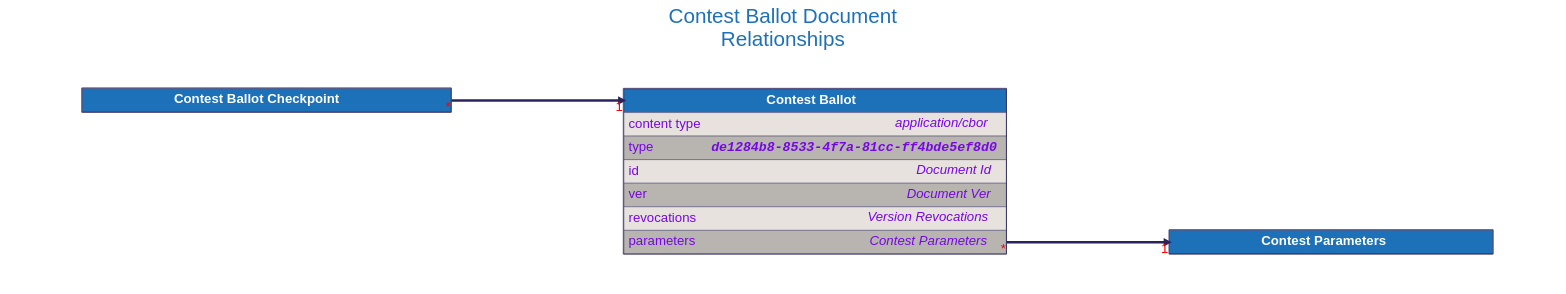
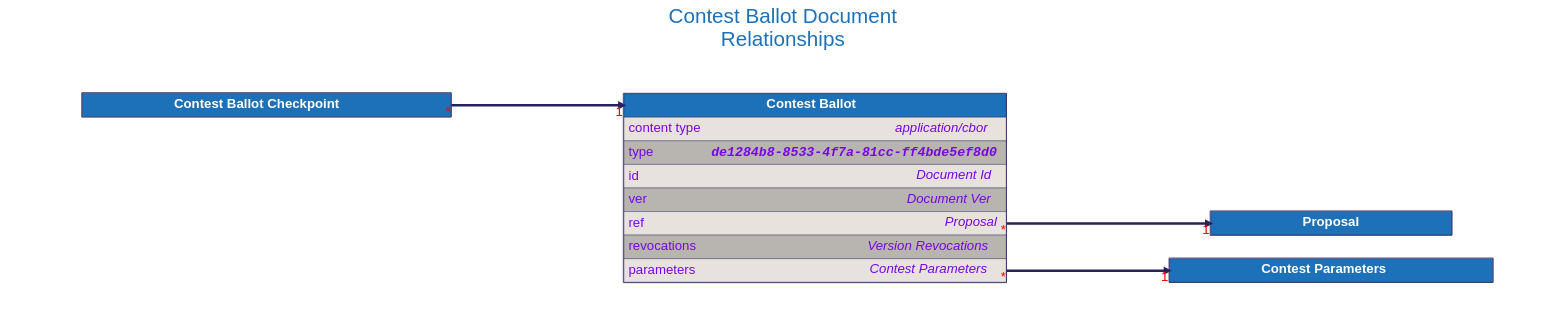
The diagram in docs/src/architecture/08_concepts/signed_doc/diagrams/contest_ballot.dot (input-output-hk/catalyst-libs), drawn with Graphviz before and after one commit. The commit also changed 37 other files, not shown here.

```diff
--- a/docs/src/architecture/08_concepts/signed_doc/diagrams/contest_ballot.dot
+++ b/docs/src/architecture/08_concepts/signed_doc/diagrams/contest_ballot.dot
@@ -1,123 +1,149 @@
 digraph "Contest Ballot" {
     rankdir="LR"
     graph [fontname="helvetica", fontsize="32", fontcolor="#29235c", bgcolor="white"];
     node [penwidth="0", margin="0", fontname="helvetica", fontsize="32", fontcolor="#29235c"];
     edge [fontname="helvetica", fontsize="32", fontcolor="red", color="#29235c"];
 
     labelloc="t"
     label="Contest Ballot Document
 Relationships"
     fontcolor="#1d71b8"
     fontsize=50
     compound=true
 
+
+
+    "Proposal" [
+        id="Proposal";
+        label=<
+            <TABLE BORDER="2" COLOR="#29235c" CELLBORDER="1" CELLSPACING="0" CELLPADDING="10">
+            <TR>
+                <TD PORT="title" BGCOLOR="#1d71b8" HREF="../proposal/">
+                    <FONT COLOR="#ffffff"><B> Proposal </B></FONT>
+                </TD>
+            </TR>
+
+            </TABLE>
+        >
+    ];
 
 
     "Contest Parameters" [
         id="Contest Parameters";
         label=<
             <TABLE BORDER="2" COLOR="#29235c" CELLBORDER="1" CELLSPACING="0" CELLPADDING="10">
             <TR>
                 <TD PORT="title" BGCOLOR="#1d71b8" HREF="../contest_parameters/">
                     <FONT COLOR="#ffffff"><B> Contest Parameters </B></FONT>
                 </TD>
             </TR>
 
             </TABLE>
         >
     ];
 
 
     "Contest Ballot" [
         id="Contest Ballot";
         label=<
             <TABLE BORDER="2" COLOR="#29235c" CELLBORDER="1" CELLSPACING="0" CELLPADDING="10">
             <TR>
                 <TD PORT="title" BGCOLOR="#1d71b8" HREF="../contest_ballot/">
                     <FONT COLOR="#ffffff"><B> Contest Ballot </B></FONT>
                 </TD>
             </TR>
             <TR>
                 <TD ALIGN="LEFT" PORT="content type" BGCOLOR="#e7e2dd">
                     <TABLE CELLPADDING="0" CELLSPACING="0" BORDER="0">
                         <TR>
                             <TD ALIGN="LEFT" VALIGN="TOP" WIDTH="200"><FONT COLOR="#7706E5">content type</FONT></TD>
                             <TD ALIGN="RIGHT"><FONT COLOR="#7706E5"><I>application/cbor</I></FONT></TD>
                         </TR>
                     </TABLE>
                 </TD>
             </TR>
             <TR>
                 <TD ALIGN="LEFT" PORT="type" BGCOLOR="#b8b5b0">
                     <TABLE CELLPADDING="0" CELLSPACING="0" BORDER="0">
                         <TR>
                             <TD ALIGN="LEFT" VALIGN="TOP" WIDTH="200"><FONT COLOR="#7706E5">type</FONT></TD>
                             <TD ALIGN="RIGHT"><FONT FACE="Courier" COLOR="#7706E5"><B><I>de1284b8-8533-4f7a-81cc-ff4bde5ef8d0</I></B></FONT></TD>
                         </TR>
                     </TABLE>
                 </TD>
             </TR>
             <TR>
                 <TD ALIGN="LEFT" PORT="id" BGCOLOR="#e7e2dd">
                     <TABLE CELLPADDING="0" CELLSPACING="0" BORDER="0">
                         <TR>
                             <TD ALIGN="LEFT" VALIGN="TOP" WIDTH="200"><FONT COLOR="#7706E5">id</FONT></TD>
                             <TD ALIGN="RIGHT"><FONT COLOR="#7706E5"><I>Document Id</I></FONT></TD>
                         </TR>
                     </TABLE>
                 </TD>
             </TR>
             <TR>
                 <TD ALIGN="LEFT" PORT="ver" BGCOLOR="#b8b5b0">
                     <TABLE CELLPADDING="0" CELLSPACING="0" BORDER="0">
                         <TR>
                             <TD ALIGN="LEFT" VALIGN="TOP" WIDTH="200"><FONT COLOR="#7706E5">ver</FONT></TD>
                             <TD ALIGN="RIGHT"><FONT COLOR="#7706E5"><I>Document Ver</I></FONT></TD>
                         </TR>
                     </TABLE>
                 </TD>
             </TR>
             <TR>
-                <TD ALIGN="LEFT" PORT="revocations" BGCOLOR="#e7e2dd">
+                <TD ALIGN="LEFT" PORT="ref" BGCOLOR="#e7e2dd">
+                    <TABLE CELLPADDING="0" CELLSPACING="0" BORDER="0">
+                        <TR>
+                            <TD ALIGN="LEFT" VALIGN="TOP" WIDTH="200"><FONT COLOR="#7706E5">ref</FONT></TD>
+                            <TD ALIGN="RIGHT"><FONT COLOR="#7706E5"><I>Proposal</I></FONT></TD>
+                        </TR>
+                    </TABLE>
+                </TD>
+            </TR>
+            <TR>
+                <TD ALIGN="LEFT" PORT="revocations" BGCOLOR="#b8b5b0">
                     <TABLE CELLPADDING="0" CELLSPACING="0" BORDER="0">
                         <TR>
                             <TD ALIGN="LEFT" VALIGN="TOP" WIDTH="200"><FONT COLOR="#7706E5">revocations</FONT></TD>
                             <TD ALIGN="RIGHT"><FONT COLOR="#7706E5"><I>Version Revocations</I></FONT></TD>
                         </TR>
                     </TABLE>
                 </TD>
             </TR>
             <TR>
-                <TD ALIGN="LEFT" PORT="parameters" BGCOLOR="#b8b5b0">
+                <TD ALIGN="LEFT" PORT="parameters" BGCOLOR="#e7e2dd">
                     <TABLE CELLPADDING="0" CELLSPACING="0" BORDER="0">
                         <TR>
                             <TD ALIGN="LEFT" VALIGN="TOP" WIDTH="200"><FONT COLOR="#7706E5">parameters</FONT></TD>
                             <TD ALIGN="RIGHT"><FONT COLOR="#7706E5"><I>Contest Parameters</I></FONT></TD>
                         </TR>
                     </TABLE>
                 </TD>
             </TR>
 
             </TABLE>
         >
     ];
 
 
     "Contest Ballot Checkpoint" [
         id="Contest Ballot Checkpoint";
         label=<
             <TABLE BORDER="2" COLOR="#29235c" CELLBORDER="1" CELLSPACING="0" CELLPADDING="10">
             <TR>
                 <TD PORT="title" BGCOLOR="#1d71b8" HREF="../contest_ballot_checkpoint/">
                     <FONT COLOR="#ffffff"><B> Contest Ballot Checkpoint </B></FONT>
                 </TD>
             </TR>
 
             </TABLE>
         >
     ];
 
 
+    "Contest Ballot":"ref":e -> "Proposal":"title":w [dir=forward, penwidth=6, color="#29235c", headlabel="1", taillabel="*"]
     "Contest Ballot":"parameters":e -> "Contest Parameters":"title":w [dir=forward, penwidth=6, color="#29235c", headlabel="1", taillabel="*"]
     "Contest Ballot Checkpoint":"title":e -> "Contest Ballot":"title":w [dir=forward, penwidth=6, color="#29235c", headlabel="1", taillabel="*"]
 }
```
